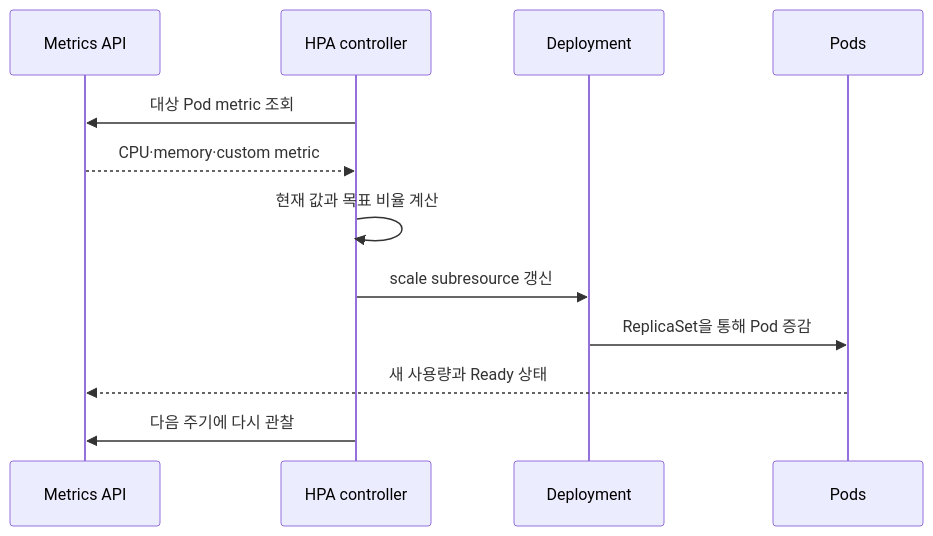
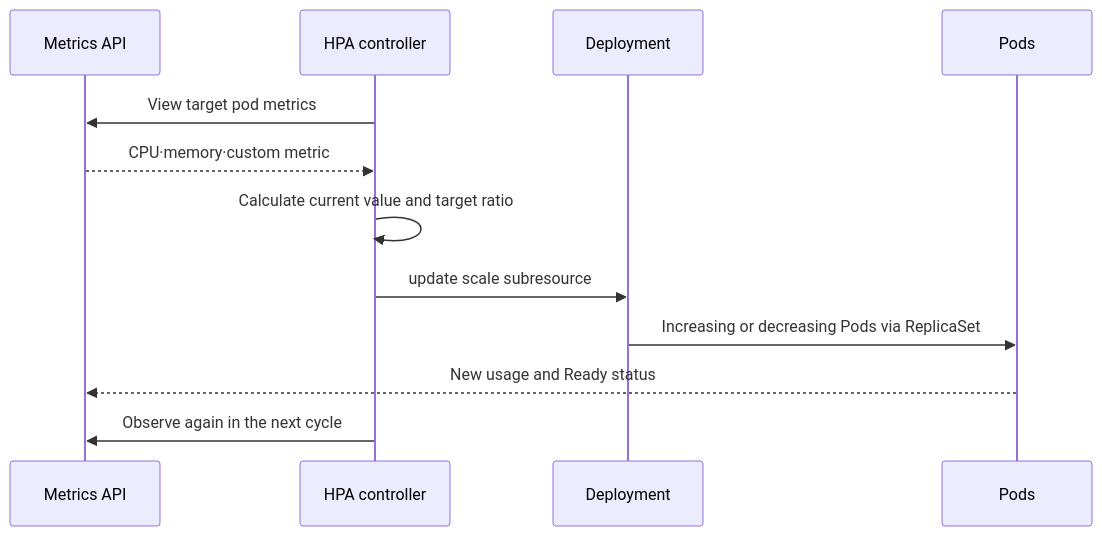
Before and after one commit to nohdol97/nohdol-study: the second of 2 diagrams in docs-site/content/kubernetes/07-scheduling-and-autoscaling.md, drawn with Mermaid. The commit also changed other lines of this file and 116 other files, not shown here.

````diff
--- a/docs-site/content/kubernetes/07-scheduling-and-autoscaling.md
+++ b/docs-site/content/kubernetes/07-scheduling-and-autoscaling.md
@@ -110,14 +110,14 @@
 ```mermaid
 sequenceDiagram
     participant M as Metrics API
     participant H as HPA controller
     participant D as Deployment
     participant P as Pods
-    H->>M: 대상 Pod metric 조회
+    H->>M: View target pod metrics
     M-->>H: CPU·memory·custom metric
-    H->>H: 현재 값과 목표 비율 계산
-    H->>D: scale subresource 갱신
-    D->>P: ReplicaSet을 통해 Pod 증감
-    P-->>M: 새 사용량과 Ready 상태
-    H->>M: 다음 주기에 다시 관찰
+    H->>H: Calculate current value and target ratio
+    H->>D: update scale subresource
+    D->>P: Increasing or decreasing Pods via ReplicaSet
+    P-->>M: New usage and Ready status
+    H->>M: Observe again in the next cycle
 ```
````
